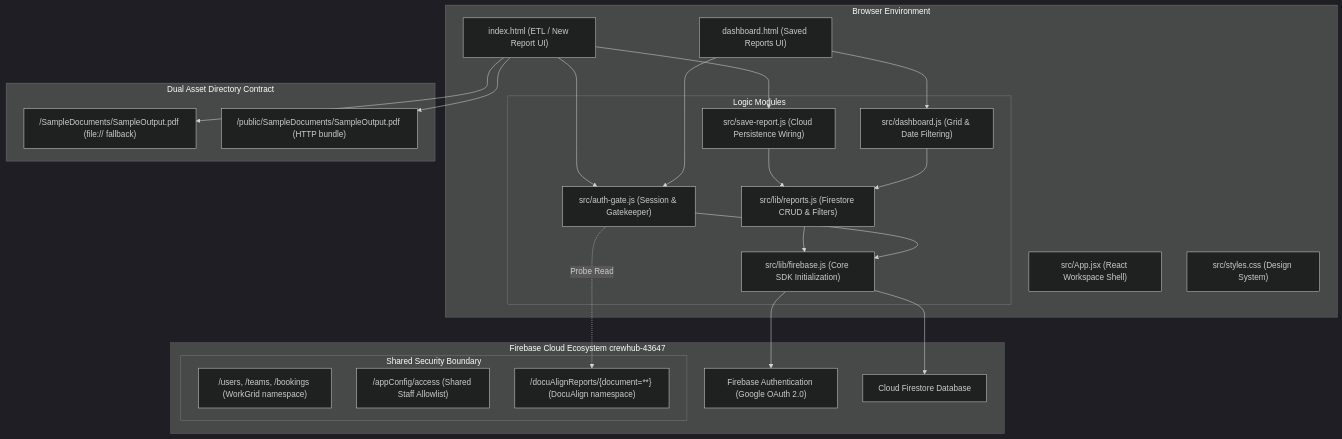
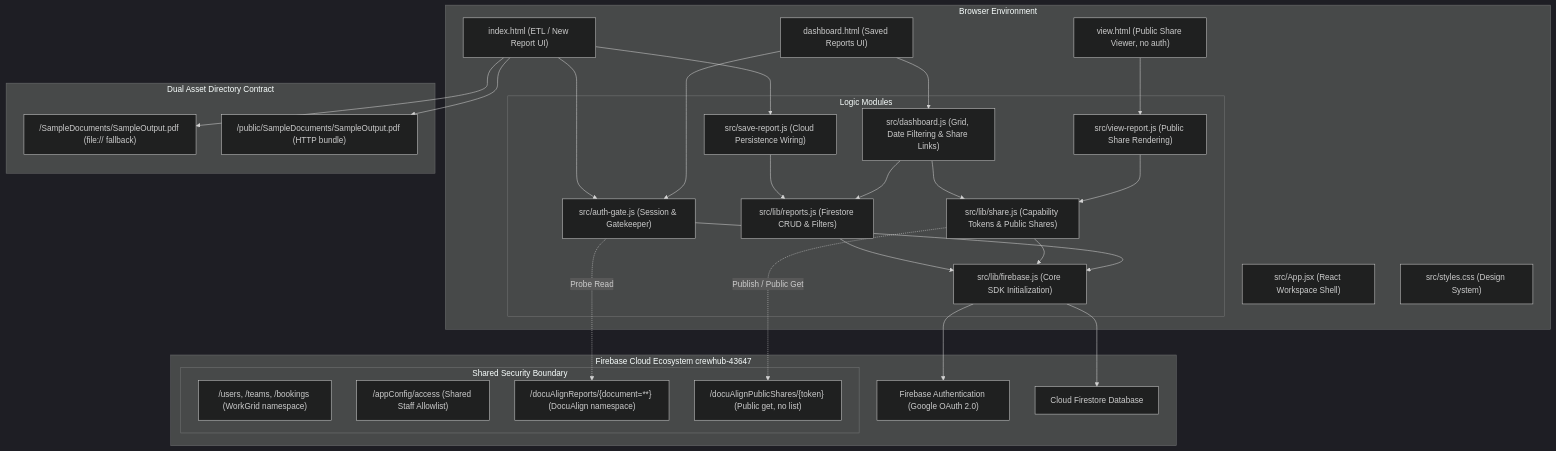
Before and after one commit to Yanguangchen/DocuAlign: the first of 5 diagrams in design.md, drawn with Mermaid (dark theme). The commit also changed other lines of this file and 26 other files, not shown here.

First line of the commit message:
feat: public share links for cloud-saved PDF reports with TDD coverage

````diff
--- a/design.md
+++ b/design.md
@@ -26,49 +26,58 @@
 ```mermaid
 graph TD
     subgraph Client [Browser Environment]
         IndexPage["index.html (ETL / New Report UI)"]
         DashboardPage["dashboard.html (Saved Reports UI)"]
+        ViewPage["view.html (Public Share Viewer, no auth)"]
         AppShell["src/App.jsx (React Workspace Shell)"]
         Styles["src/styles.css (Design System)"]
         
         subgraph Logic Modules
             AuthGate["src/auth-gate.js (Session & Gatekeeper)"]
             SaveReport["src/save-report.js (Cloud Persistence Wiring)"]
-            DashboardLogic["src/dashboard.js (Grid & Date Filtering)"]
+            DashboardLogic["src/dashboard.js (Grid, Date Filtering & Share Links)"]
+            ViewLogic["src/view-report.js (Public Share Rendering)"]
             ReportsLib["src/lib/reports.js (Firestore CRUD & Filters)"]
+            ShareLib["src/lib/share.js (Capability Tokens & Public Shares)"]
             FirebaseLib["src/lib/firebase.js (Core SDK Initialization)"]
         end
     end
 
     subgraph StaticAssets [Dual Asset Directory Contract]
         RootSample["/SampleDocuments/SampleOutput.pdf (file:// fallback)"]
         PublicSample["/public/SampleDocuments/SampleOutput.pdf (HTTP bundle)"]
     end
 
     subgraph FirebaseCloud [Firebase Cloud Ecosystem crewhub-43647]
         FirebaseAuth["Firebase Authentication (Google OAuth 2.0)"]
         FirestoreDB["Cloud Firestore Database"]
         
         subgraph SharedRules [Shared Security Boundary]
             WorkGridNS["/users, /teams, /bookings (WorkGrid namespace)"]
             CubeSyncNS["/appConfig/access (Shared Staff Allowlist)"]
             DocuAlignNS["/docuAlignReports/{document=**} (DocuAlign namespace)"]
+            PublicSharesNS["/docuAlignPublicShares/{token} (Public get, no list)"]
         end
     end
 
     IndexPage --> AuthGate
     IndexPage --> SaveReport
     DashboardPage --> AuthGate
     DashboardPage --> DashboardLogic
+    ViewPage --> ViewLogic
     SaveReport --> ReportsLib
     DashboardLogic --> ReportsLib
+    DashboardLogic --> ShareLib
+    ViewLogic --> ShareLib
     ReportsLib --> FirebaseLib
+    ShareLib --> FirebaseLib
     AuthGate --> FirebaseLib
+    ShareLib -. Publish / Public Get .-> PublicSharesNS
 
     IndexPage --> RootSample
     IndexPage --> PublicSample
 
     FirebaseLib --> FirebaseAuth
     FirebaseLib --> FirestoreDB
     AuthGate -. Probe Read .-> DocuAlignNS
 ```
````
